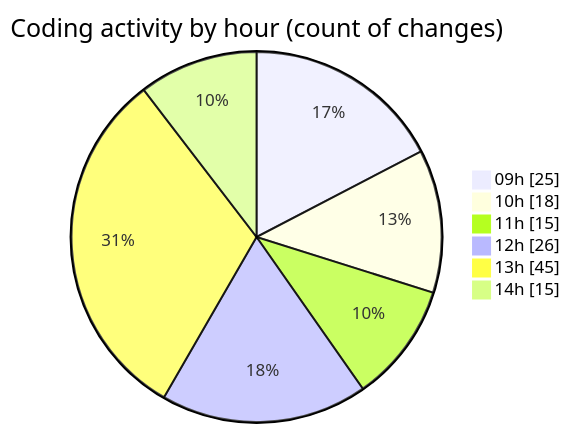
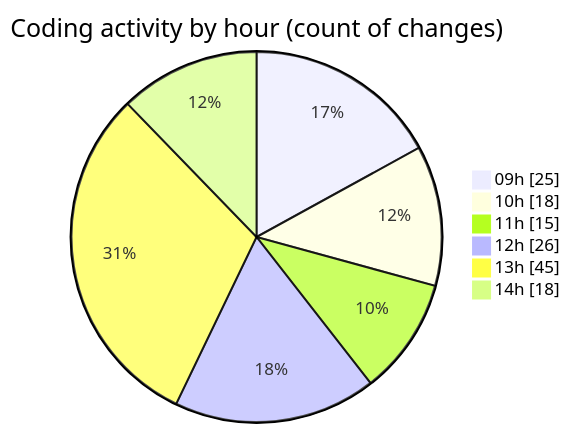
Before and after one commit to momahboobian/code-tracking: the second of 2 diagrams in 2025-03-13/cda/README.md, drawn with Mermaid. The commit also changed other lines of this file and 1 other file, not shown here.

````diff
--- a/2025-03-13/cda/README.md
+++ b/2025-03-13/cda/README.md
@@ -42,10 +42,10 @@
 ```mermaid
 pie showData
 title Coding activity by hour (count of changes)
 "09h" : 25
 "10h" : 18
 "11h" : 15
 "12h" : 26
 "13h" : 45
-"14h" : 15
+"14h" : 18
 ```
````
